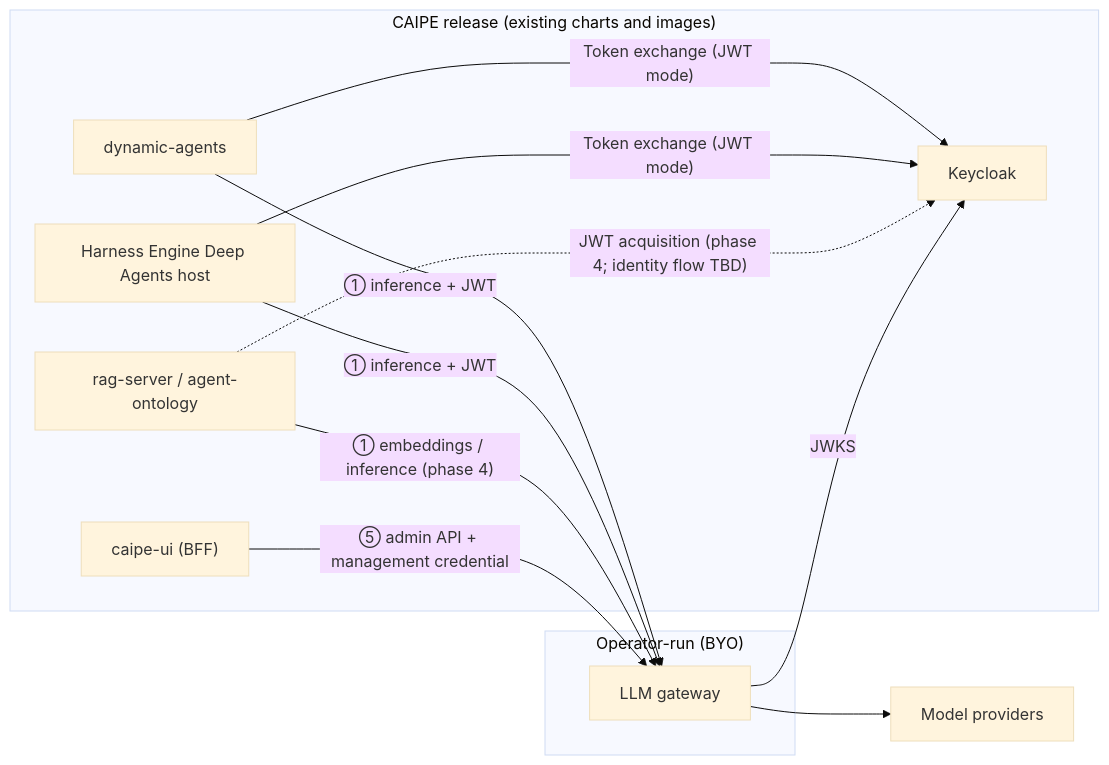
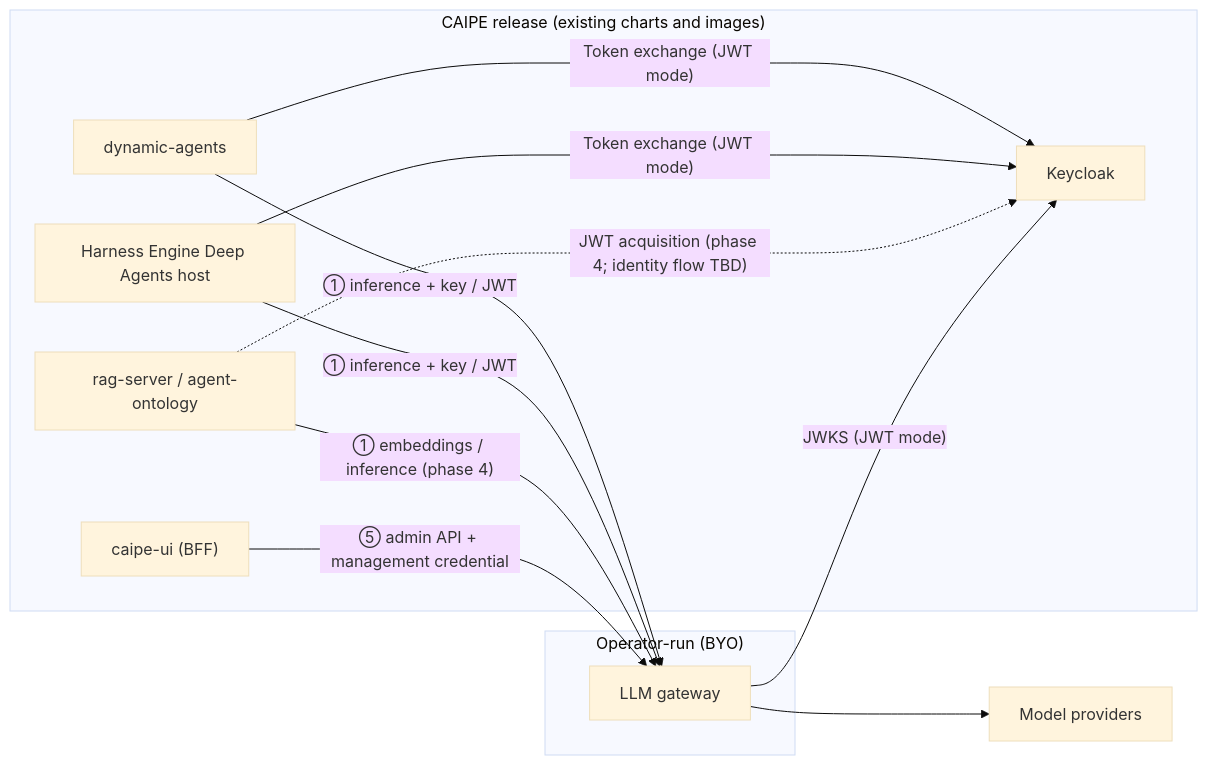
The first of 2 diagrams in docs/docs/specs/2026-10-10-byo-llm-gateway-budgets-quotas/plan.md (caipe-io/ai-platform-engineering), drawn with Mermaid (base theme) before and after one commit. The commit also changed other lines of this file and 6 other files, not shown here.

````diff
--- a/docs/docs/specs/2026-10-10-byo-llm-gateway-budgets-quotas/plan.md
+++ b/docs/docs/specs/2026-10-10-byo-llm-gateway-budgets-quotas/plan.md
@@ -30,23 +38,23 @@
 ```mermaid
 flowchart LR
   subgraph CAIPE["CAIPE release (existing charts and images)"]
     da["dynamic-agents"]
     harness["Harness Engine Deep Agents host"]
     bff["caipe-ui (BFF)"]
     rag["rag-server / agent-ontology"]
     kc["Keycloak"]
   end
   subgraph OP["Operator-run (BYO)"]
     gw["LLM gateway"]
   end
   prov["Model providers"]
-  da -- "① inference + JWT" --> gw
-  harness -- "① inference + JWT" --> gw
+  da -- "① inference + key / JWT" --> gw
+  harness -- "① inference + key / JWT" --> gw
   da -- "Token exchange (JWT mode)" --> kc
   harness -- "Token exchange (JWT mode)" --> kc
   rag -- "① embeddings / inference (phase 4)" --> gw
   rag -. "JWT acquisition (phase 4; identity flow TBD)" .-> kc
   bff -- "⑤ admin API + management credential" --> gw
-  gw -- "JWKS" --> kc
+  gw -- "JWKS (JWT mode)" --> kc
   gw --> prov
 ```
````
